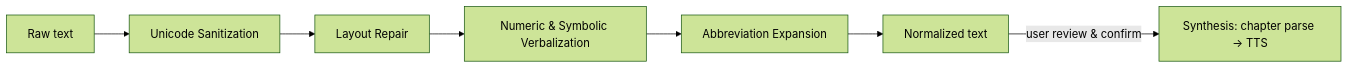
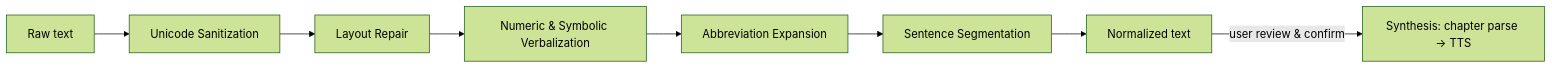
Before and after one commit to pangon/local-TTS-web-app: the third of 3 diagrams in 2-design/architecture.md, drawn with Mermaid (forest theme). The commit also changed other lines of this file and 14 other files, not shown here.

````diff
--- a/2-design/architecture.md
+++ b/2-design/architecture.md
@@ -206,9 +207,10 @@
 ```mermaid
 graph LR
     Raw[Raw text] --> S1[Unicode Sanitization]
     S1 --> S2[Layout Repair]
     S2 --> S3[Numeric & Symbolic Verbalization]
     S3 --> S4[Abbreviation Expansion]
-    S4 --> Norm[Normalized text]
+    S4 --> S5[Sentence Segmentation]
+    S5 --> Norm[Normalized text]
     Norm -->|user review & confirm| Synth2[Synthesis: chapter parse → TTS]
 ```
````
